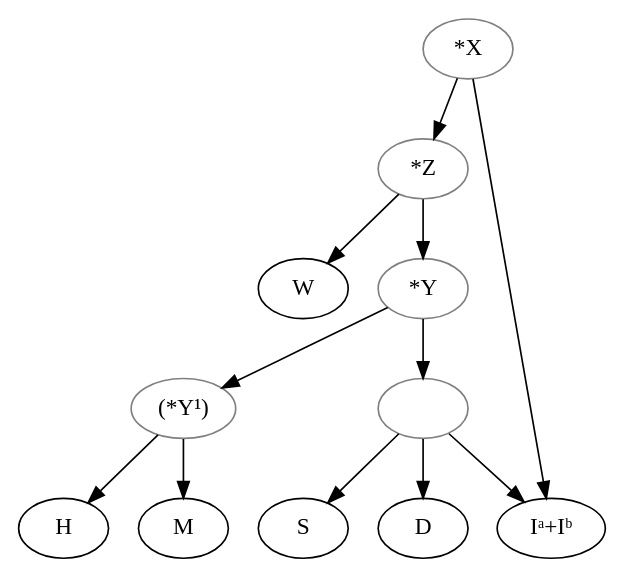
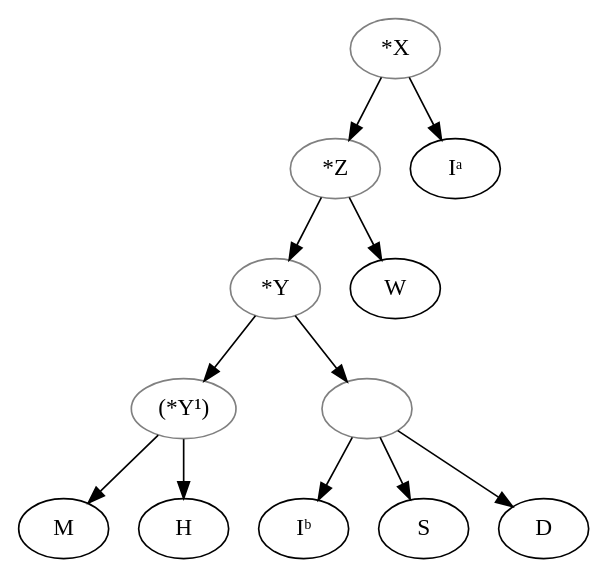
One commit to OpenStemmata/database changed the diagram in data/gmh/Jellinek_1904_FriedrichVonSchwaben/stemma.gv. Above: the diagram before and after it, drawn with Graphviz. The commit also changed 1 other file, not shown here.

Commit message:
Ia and Ib as different nodes

```diff
--- a/data/gmh/Jellinek_1904_FriedrichVonSchwaben/stemma.gv
+++ b/data/gmh/Jellinek_1904_FriedrichVonSchwaben/stemma.gv
@@ -1,25 +1,26 @@
 digraph {
     X [label="*X", color="grey"]
     Z [label="*Z", color="grey"]
     Y [label="*Y", color="grey"]
     Y1 [label="(*Y¹)", color="grey"] # There is no explanation of why this group is represented in parenthesis.
     IbSD [label="", color="grey"]
 
-    I [label="Iᵃ+Iᵇ"] # Represents the two nodes Iᵃ and Iᵇ of the drawn stemma, which correspond to only one manuscript, I, written by two different scribes.
+    Ia [label="Iᵃ"] # First part of the manuscript I by scribe a
+    Ib [label="Iᵇ"] # Second part of the manuscript I by scribe b
 
-    X -> I
+    X -> Ia
     X -> Z
 
     Z -> W
     Z -> Y
 
     Y -> IbSD
     Y -> Y1
 
-    IbSD -> I
+    IbSD -> Ib
     IbSD -> S 
     IbSD -> D 
 
     Y1 -> M
     Y1 -> H
 }
```
